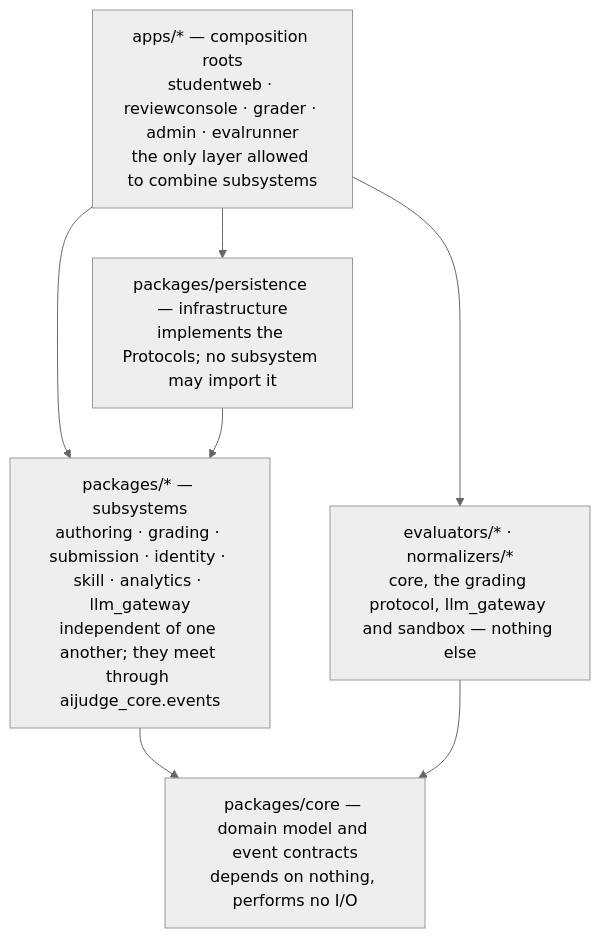
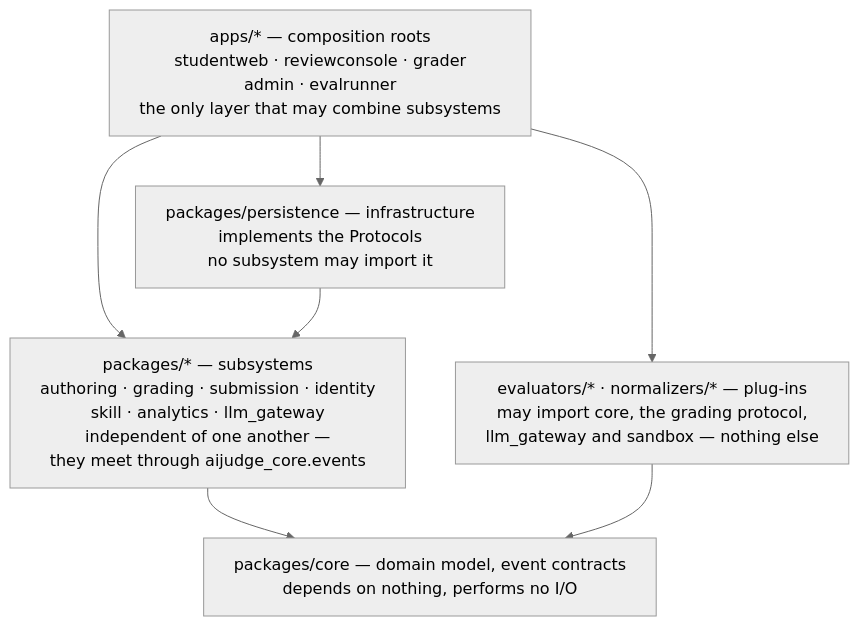
One commit to sanoakr/aijudge changed the third of 4 diagrams in README.md. Above: the diagram before and after it, drawn with Mermaid (neutral theme). The commit also changed other lines of this file and 1 other file, not shown here.

First line of the commit message:
docs: fix the wrapping and layout of the two boundary diagrams

````diff
--- a/README.md
+++ b/README.md
@@ -293,15 +293,16 @@
 ```mermaid
+%%{init: {"flowchart": {"wrappingWidth": 460}} }%%
 flowchart TB
-    APPS["apps/* — composition roots<br/>studentweb · reviewconsole · grader · admin · evalrunner<br/>the only layer allowed to combine subsystems"]
-    SUBS["packages/* — subsystems<br/>authoring · grading · submission · identity · skill · analytics · llm_gateway<br/>independent of one another; they meet through aijudge_core.events"]
-    CORE["packages/core — domain model and event contracts<br/>depends on nothing, performs no I/O"]
-    INFRA["packages/persistence — infrastructure<br/>implements the Protocols; no subsystem may import it"]
-    PLUG["evaluators/* · normalizers/*<br/>core, the grading protocol, llm_gateway and sandbox — nothing else"]
+    APPS["apps/* — composition roots<br/>studentweb · reviewconsole · grader<br/>admin · evalrunner<br/>the only layer that may combine subsystems"]
+    INFRA["packages/persistence — infrastructure<br/>implements the Protocols<br/>no subsystem may import it"]
+    PLUG["evaluators/* · normalizers/* — plug-ins<br/>may import core, the grading protocol,<br/>llm_gateway and sandbox — nothing else"]
+    SUBS["packages/* — subsystems<br/>authoring · grading · submission · identity<br/>skill · analytics · llm_gateway<br/>independent of one another —<br/>they meet through aijudge_core.events"]
+    CORE["packages/core — domain model, event contracts<br/>depends on nothing, performs no I/O"]
 
     APPS --> SUBS
     APPS --> INFRA
     APPS --> PLUG
     SUBS --> CORE
     PLUG --> CORE
     INFRA --> SUBS
 ```
````
